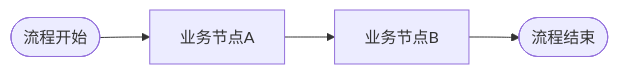
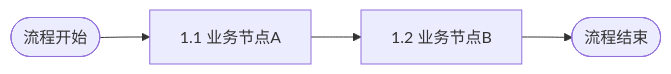
One commit to oleewen/ai-master changed the first of 7 diagrams in .cursor/rules/architecture-design-guidelines.mdc. Above: the diagram before and after it, drawn with Mermaid. The commit also changed other lines of this file and 1 other file, not shown here.

````diff
--- a/.cursor/rules/architecture-design-guidelines.mdc
+++ b/.cursor/rules/architecture-design-guidelines.mdc
@@ -43,6 +53,6 @@
 ```mermaid
 flowchart LR
-    S([流程开始]) --> A[业务节点A]
-    A --> B[业务节点B]
+    S([流程开始]) --> A[1.1 业务节点A]
+    A --> B[1.2 业务节点B]
     B --> E([流程结束])
 ```
````
